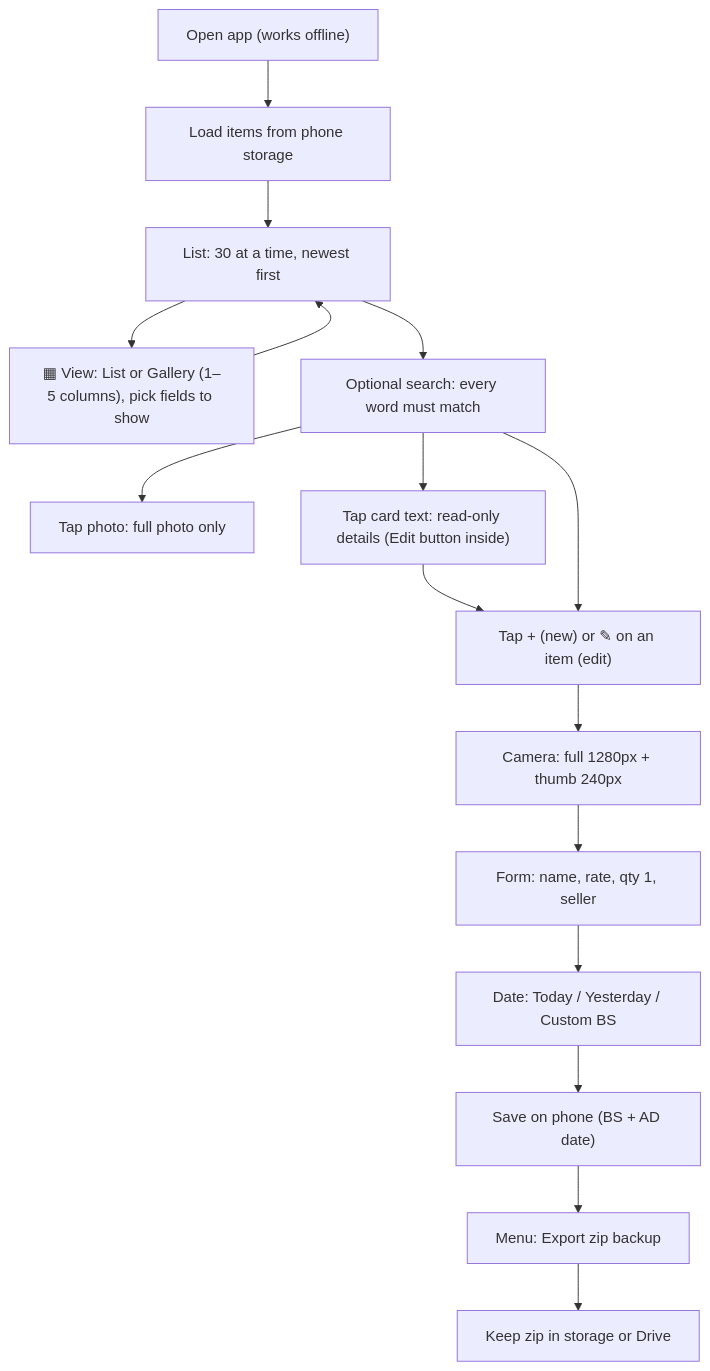
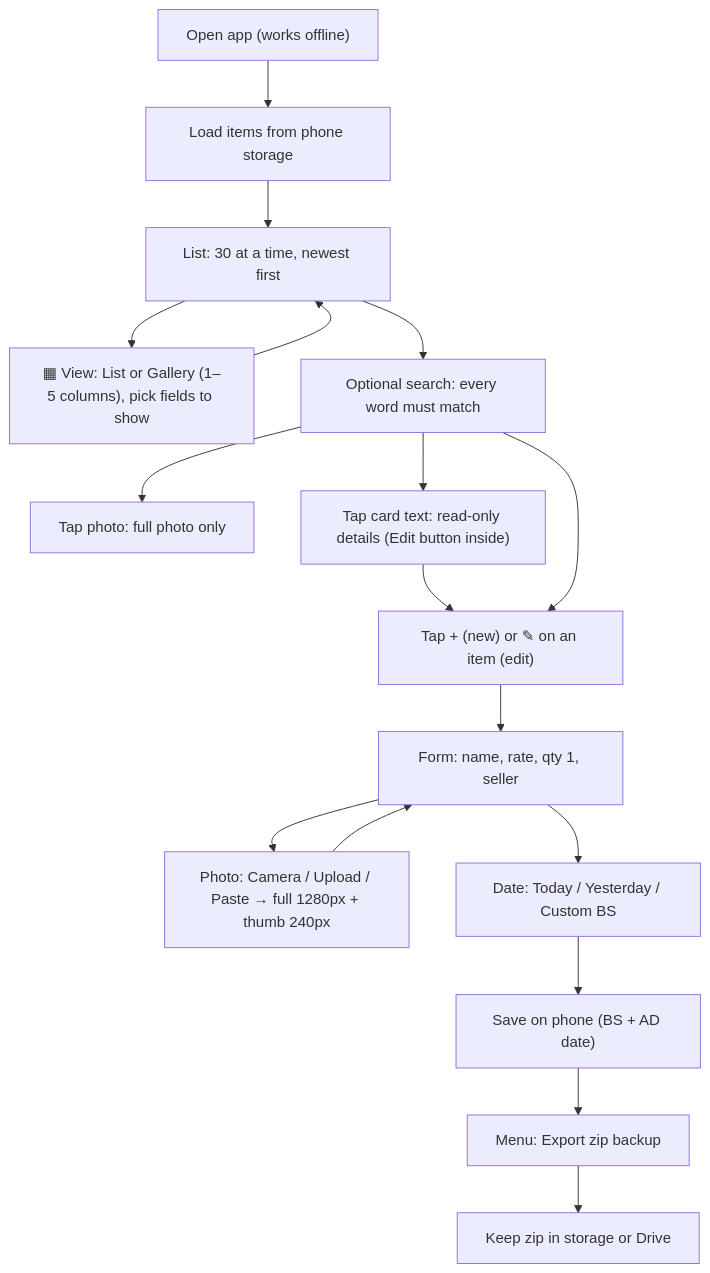
One commit to bibek-maharjan/purchases-app changed the diagram in purchases-flow.mmd. Above: the diagram before and after it, drawn with Mermaid. The commit also changed 4 other files, not shown here.

Commit message:
Add form opens without camera; Camera/Upload/Paste photo buttons

```diff
--- a/purchases-flow.mmd
+++ b/purchases-flow.mmd
@@ -1,16 +1,17 @@
 flowchart TD
     A["Open app (works offline)"] --> B["Load items from phone storage"]
     B --> C["List: 30 at a time, newest first"]
     C --> V["▦ View: List or Gallery (1–5 columns), pick fields to show"]
     V --> C
     C --> D["Optional search: every word must match"]
     D --> P["Tap photo: full photo only"]
     D --> R["Tap card text: read-only details (Edit button inside)"]
     R --> E
     D --> E["Tap + (new) or ✎ on an item (edit)"]
-    E --> F["Camera: full 1280px + thumb 240px"]
-    F --> G["Form: name, rate, qty 1, seller"]
+    E --> G["Form: name, rate, qty 1, seller"]
+    G --> F["Photo: Camera / Upload / Paste → full 1280px + thumb 240px"]
+    F --> G
     G --> H["Date: Today / Yesterday / Custom BS"]
     H --> I["Save on phone (BS + AD date)"]
     I --> J["Menu: Export zip backup"]
     J --> K["Keep zip in storage or Drive"]
```
